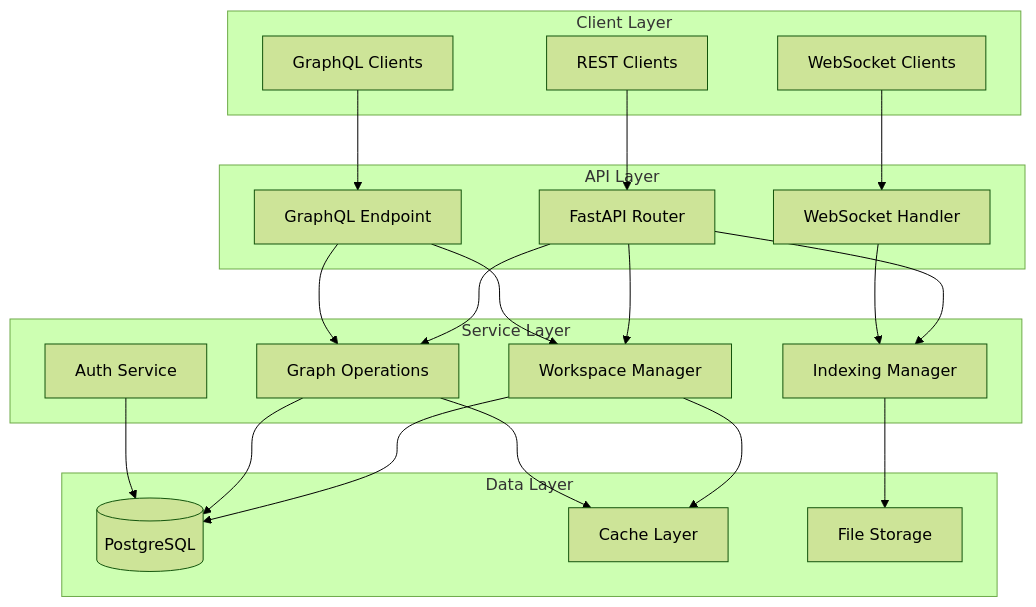
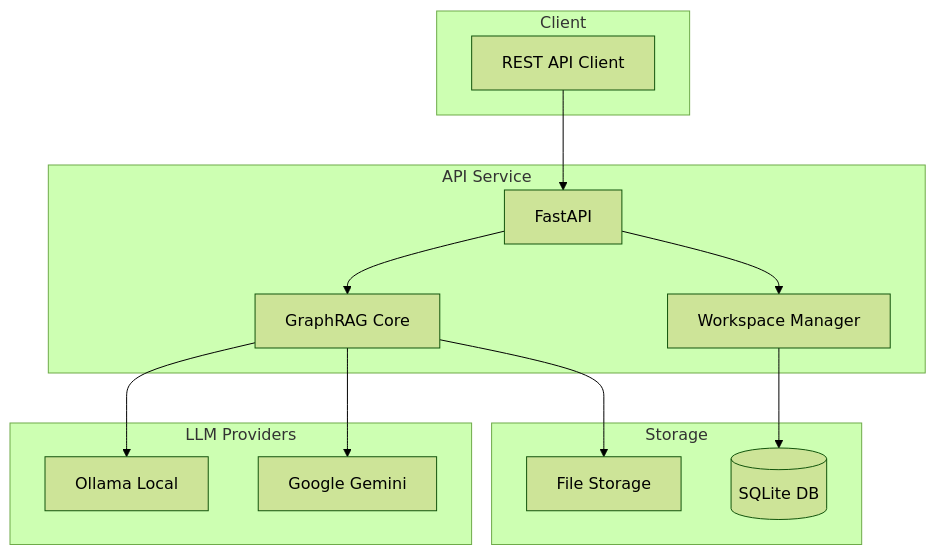
One commit to pierregrothe/graphrag-api changed the diagram in README.md. Above: the diagram before and after it, drawn with Mermaid (forest theme). The commit also changed other lines of this file and 55 other files, not shown here.

First line of the commit message:
refactor: Complete architectural simplification for small-scale deployment

````diff
--- a/README.md
+++ b/README.md
@@ -39,43 +31,30 @@
 ```mermaid
 graph TB
-    subgraph "Client Layer"
-        A[REST Clients]
-        B[GraphQL Clients]
-        C[WebSocket Clients]
+    subgraph "Client"
+        A[REST API Client]
     end
 
-    subgraph "API Layer"
-        D[FastAPI Router]
-        E[GraphQL Endpoint]
-        F[WebSocket Handler]
+    subgraph "API Service"
+        B[FastAPI]
+        C[GraphRAG Core]
+        D[Workspace Manager]
     end
 
-    subgraph "Service Layer"
-        G[Workspace Manager]
-        H[Graph Operations]
-        I[Indexing Manager]
-        J[Auth Service]
+    subgraph "Storage"
+        E[(SQLite DB)]
+        F[File Storage]
     end
 
-    subgraph "Data Layer"
-        K[(PostgreSQL)]
-        L[Cache Layer]
-        M[File Storage]
+    subgraph "LLM Providers"
+        G[Ollama Local]
+        H[Google Gemini]
     end
 
-    A --> D
-    B --> E
+    A --> B
+    B --> C
+    B --> D
+    C --> G
+    C --> H
+    D --> E
     C --> F
-    D --> G
-    D --> H
-    D --> I
-    E --> G
-    E --> H
-    F --> I
-    G --> K
-    H --> K
-    I --> M
-    J --> K
-    G --> L
-    H --> L
 ```
````
